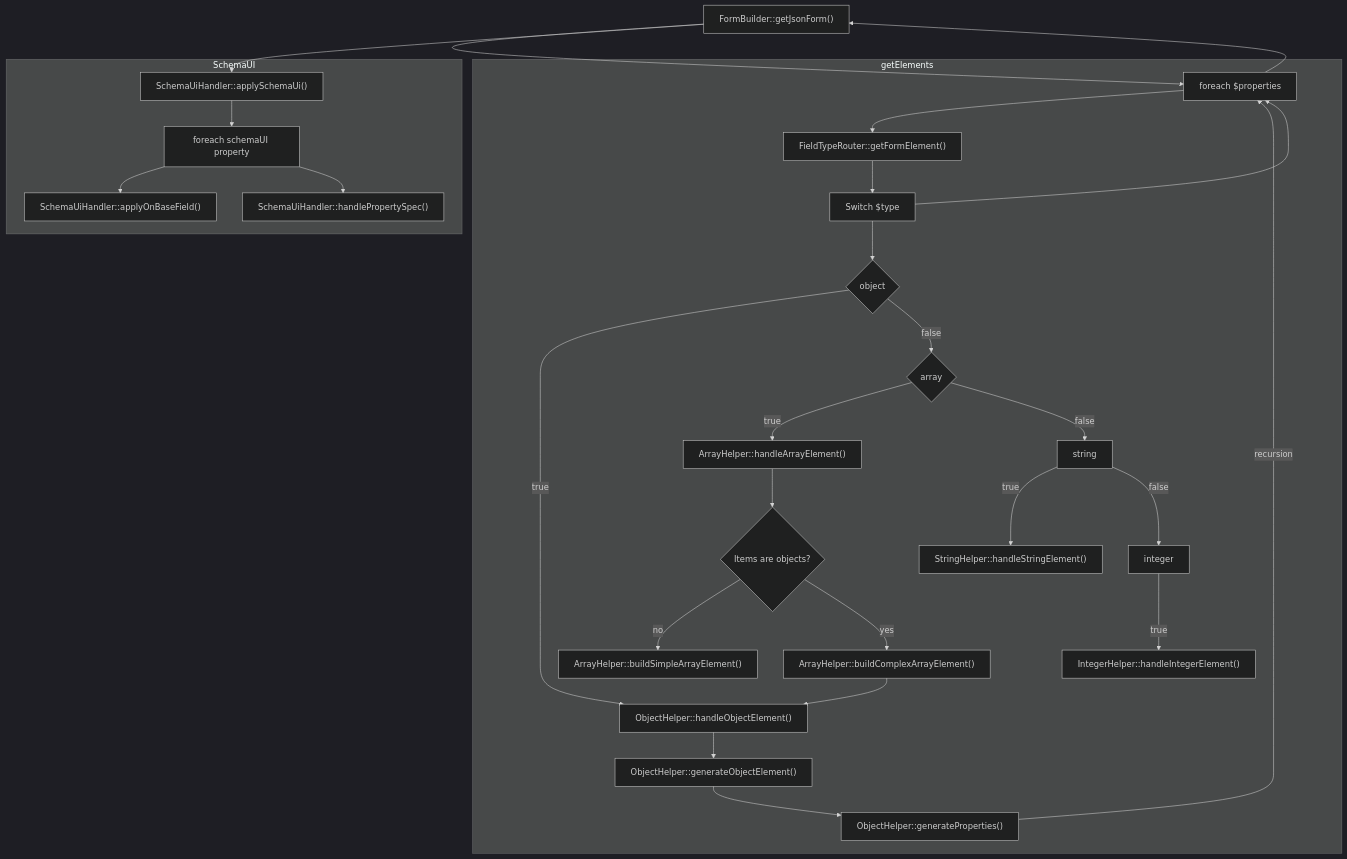
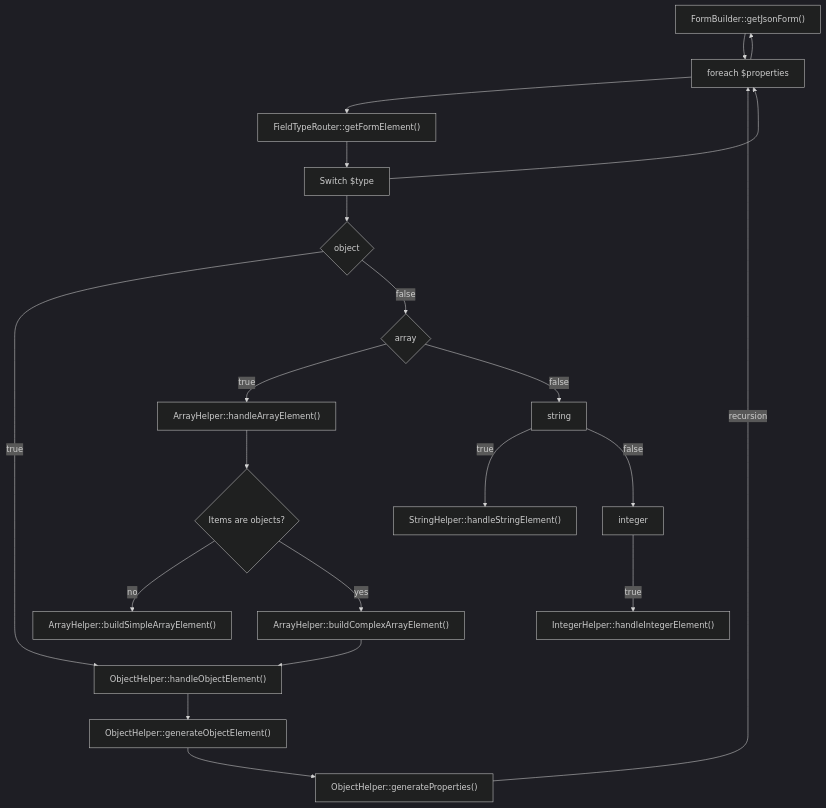
The third of 4 diagrams in modules/json_form_widget/README.md (GetDKAN/dkan), drawn with Mermaid (dark theme) before and after one commit. The commit also changed other lines of this file and 4 other files, not shown here.

````diff
--- a/modules/json_form_widget/README.md
+++ b/modules/json_form_widget/README.md
@@ -1,37 +41,27 @@
 ```mermaid
 graph TD
   getForm["FormBuilder::getJsonForm()"] --> eachProp["foreach $properties"]
-  subgraph getElements
-    eachProp --> getElement["FieldTypeRouter::getFormElement()"]
-    getElement --> switch[Switch $type]
-    switch --> object{object}
-    
-    object -- true --> handleObject["ObjectHelper::handleObjectElement()"]
-    handleObject --> generateObject["ObjectHelper::generateObjectElement()"]
-    generateObject --> generateProperties["ObjectHelper::generateProperties()"]
-    generateProperties -- recursion --> eachProp
+  eachProp --> getElement["FieldTypeRouter::getFormElement()"]
+  getElement --> switch[Switch $type]
+  switch --> object{object}
+  
+  object -- true --> handleObject["ObjectHelper::handleObjectElement()"]
+  handleObject --> generateObject["ObjectHelper::generateObjectElement()"]
+  generateObject --> generateProperties["ObjectHelper::generateProperties()"]
+  generateProperties -- recursion --> eachProp
 
 
-    object -- false --> array{array}
-    array -- true --> handleArray["ArrayHelper::handleArrayElement()"]
-    handleArray --> complex{Items are objects?}
-    complex -- no --> buildSimple["ArrayHelper::buildSimpleArrayElement()"]
-    complex -- yes --> buildComplex["ArrayHelper::buildComplexArrayElement()"]
-    buildComplex --> handleObject
+  object -- false --> array{array}
+  array -- true --> handleArray["ArrayHelper::handleArrayElement()"]
+  handleArray --> complex{Items are objects?}
+  complex -- no --> buildSimple["ArrayHelper::buildSimpleArrayElement()"]
+  complex -- yes --> buildComplex["ArrayHelper::buildComplexArrayElement()"]
+  buildComplex --> handleObject
 
-    array -- false --> string["string"]
-    string -- true --> handleString["StringHelper::handleStringElement()"]
-    string -- false --> integer["integer"]
-    integer -- true --> handleInteger["IntegerHelper::handleIntegerElement()"]
-    switch --> eachProp
-  end
-  eachProp -->getForm
-  getForm --> applySchemaUi["SchemaUiHandler::applySchemaUi()"]
-
-  subgraph SchemaUI
-    applySchemaUi --> eachProp2["foreach schemaUI property"]
-    eachProp2 --> applyOnBaseField["SchemaUiHandler::applyOnBaseField()"]
-    eachProp2 --> handlePropertySpec["SchemaUiHandler::handlePropertySpec()"]
-
-  end
+  array -- false --> string["string"]
+  string -- true --> handleString["StringHelper::handleStringElement()"]
+  string -- false --> integer["integer"]
+  integer -- true --> handleInteger["IntegerHelper::handleIntegerElement()"]
+  switch --> eachProp
+  eachProp --> getForm
 ```
````
